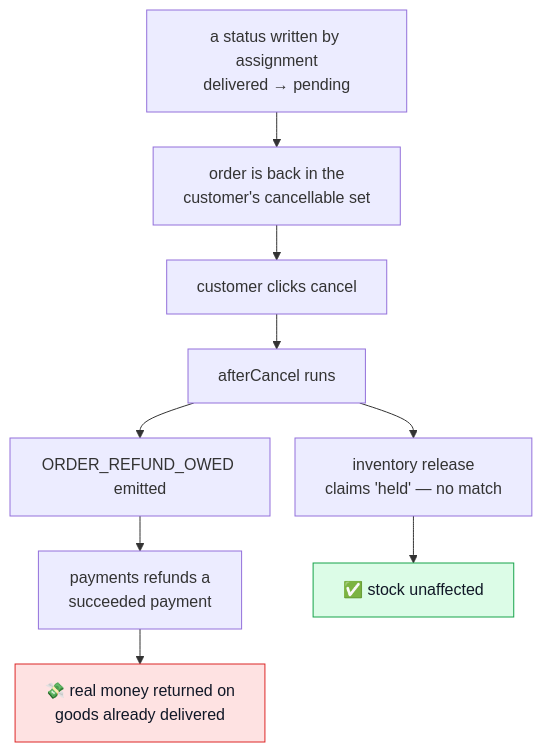
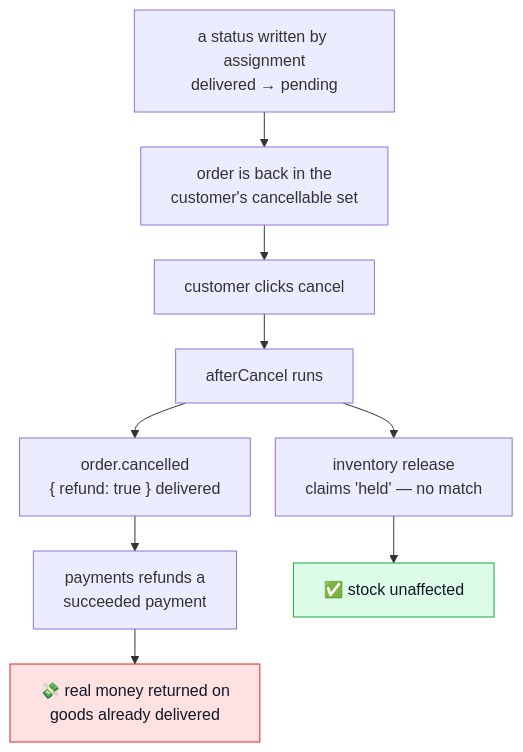
The fourth of 12 diagrams in docs/theory/tactical-ddd.md (Guebbit/boilerplate-node-backend), drawn with Mermaid before and after one commit. The commit also changed other lines of this file and 45 other files, not shown here.

````diff
--- a/docs/theory/tactical-ddd.md
+++ b/docs/theory/tactical-ddd.md
@@ -162,17 +162,17 @@
 ```mermaid
 %%{init: {'flowchart': {'nodeSpacing': 25, 'rankSpacing': 35}}}%%
 flowchart TD
     A["a status written by assignment<br/>delivered → pending"] --> B["order is back in the<br/>customer's cancellable set"]
     B --> C["customer clicks cancel"]
     C --> D["afterCancel runs"]
-    D --> E2["ORDER_REFUND_OWED emitted"]
+    D --> E2["order.cancelled<br/>{ refund: true } delivered"]
     E2 --> E["payments refunds a<br/>succeeded payment"]
     D --> F["inventory release<br/>claims 'held' — no match"]
     E --> G["💸 real money returned on<br/>goods already delivered"]
     F --> H["✅ stock unaffected"]
 
     classDef bad fill:#fee2e2,stroke:#dc2626,color:#111827;
     classDef ok fill:#dcfce7,stroke:#16a34a,color:#111827;
     class G bad;
     class H ok;
 ```
````
